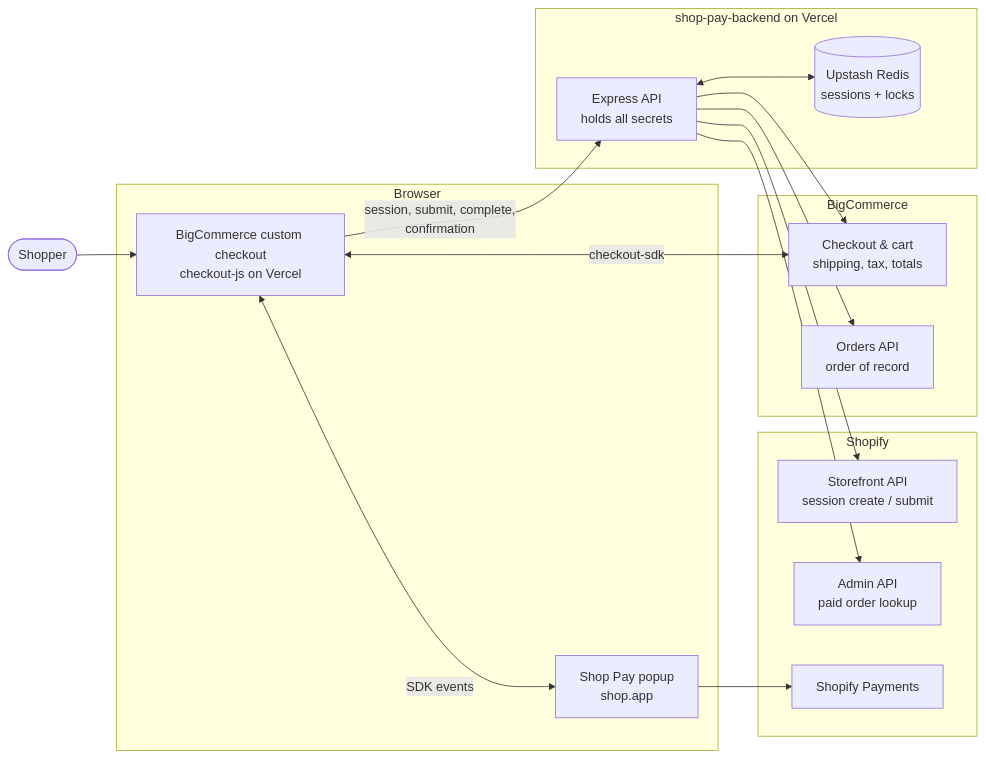
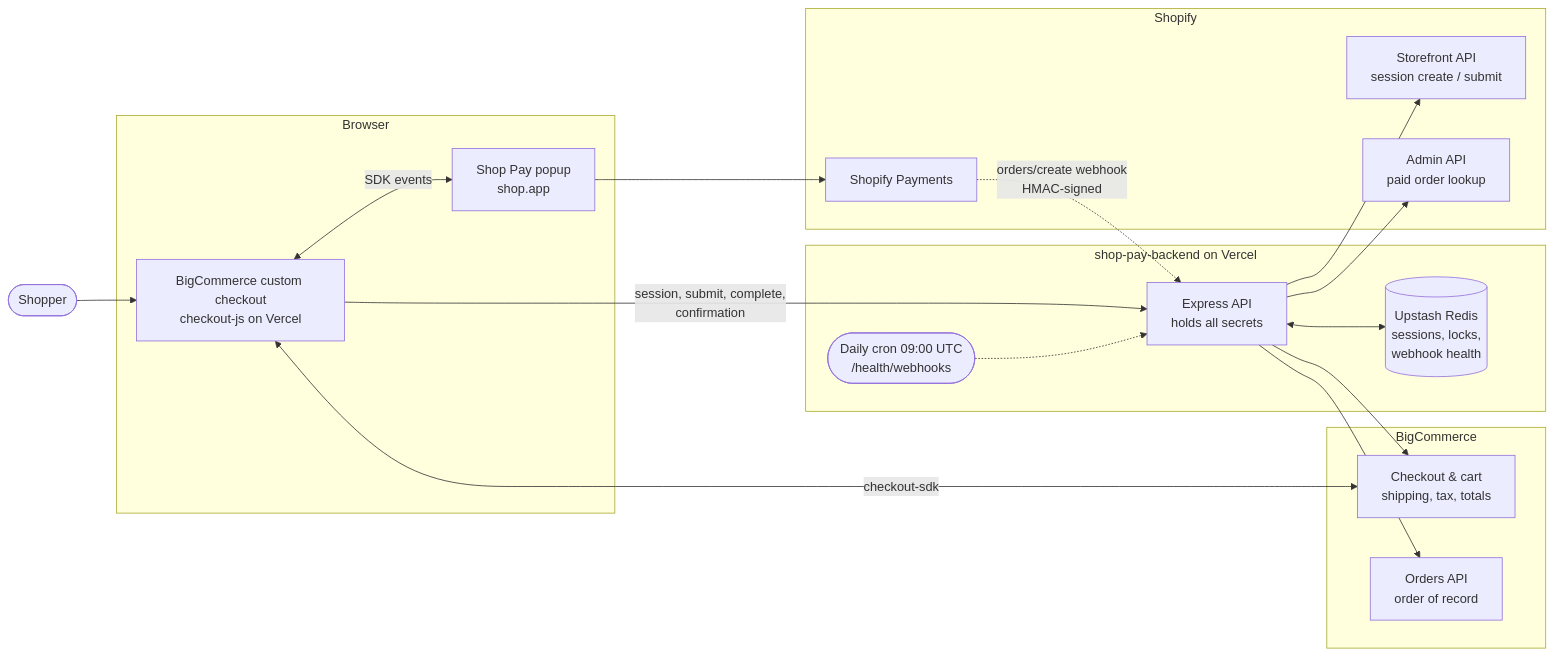
One commit to ankitbansalepam/checkout-js changed the first of 8 diagrams in docs/shop-pay-flow-diagrams.md. Above: the diagram before and after it, drawn with Mermaid. The commit also changed other lines of this file, not shown here.

Commit message:
Add the webhook safety net and health check to the Shop Pay flow diagrams

````diff
--- a/docs/shop-pay-flow-diagrams.md
+++ b/docs/shop-pay-flow-diagrams.md
@@ -9,36 +9,39 @@
 ```mermaid
 flowchart LR
     Shopper([Shopper])
 
     subgraph Browser
         Checkout["BigCommerce custom checkout<br/>checkout-js on Vercel"]
         Popup["Shop Pay popup<br/>shop.app"]
     end
 
     subgraph Vercel["shop-pay-backend on Vercel"]
         Backend["Express API<br/>holds all secrets"]
-        Redis[("Upstash Redis<br/>sessions + locks")]
+        Redis[("Upstash Redis<br/>sessions, locks,<br/>webhook health")]
+        Cron(["Daily cron 09:00 UTC<br/>/health/webhooks"])
     end
 
     subgraph Shopify
         Storefront["Storefront API<br/>session create / submit"]
         Admin["Admin API<br/>paid order lookup"]
         Payments["Shopify Payments"]
     end
 
     subgraph BigCommerce
         BCCheckout["Checkout & cart<br/>shipping, tax, totals"]
         BCOrders["Orders API<br/>order of record"]
     end
 
     Shopper --> Checkout
     Checkout <-->|SDK events| Popup
     Checkout <-->|checkout-sdk| BCCheckout
     Checkout -->|session, submit, complete,<br/>confirmation| Backend
     Backend <--> Redis
     Backend --> Storefront
     Backend --> Admin
     Backend --> BCCheckout
     Backend --> BCOrders
     Popup --> Payments
+    Payments -.->|orders/create webhook<br/>HMAC-signed| Backend
+    Cron -.-> Backend
 ```
````
